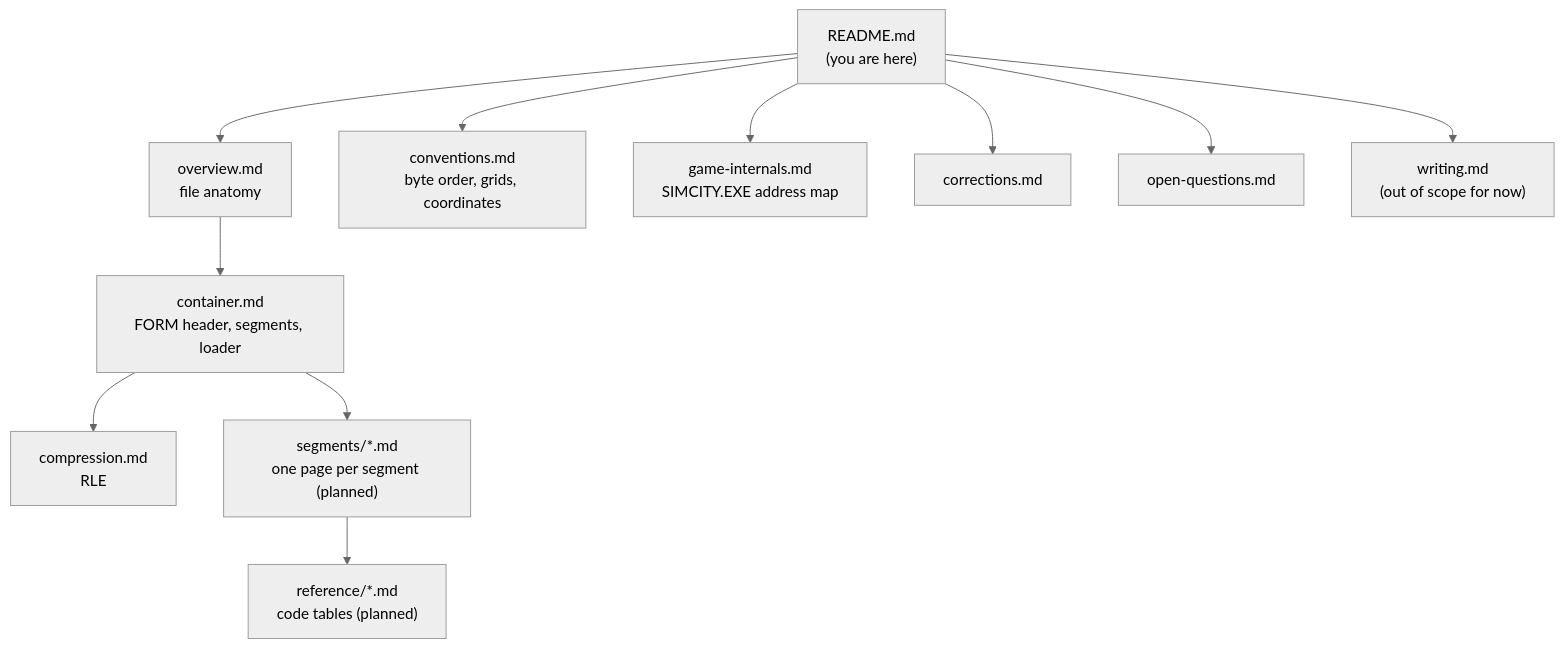
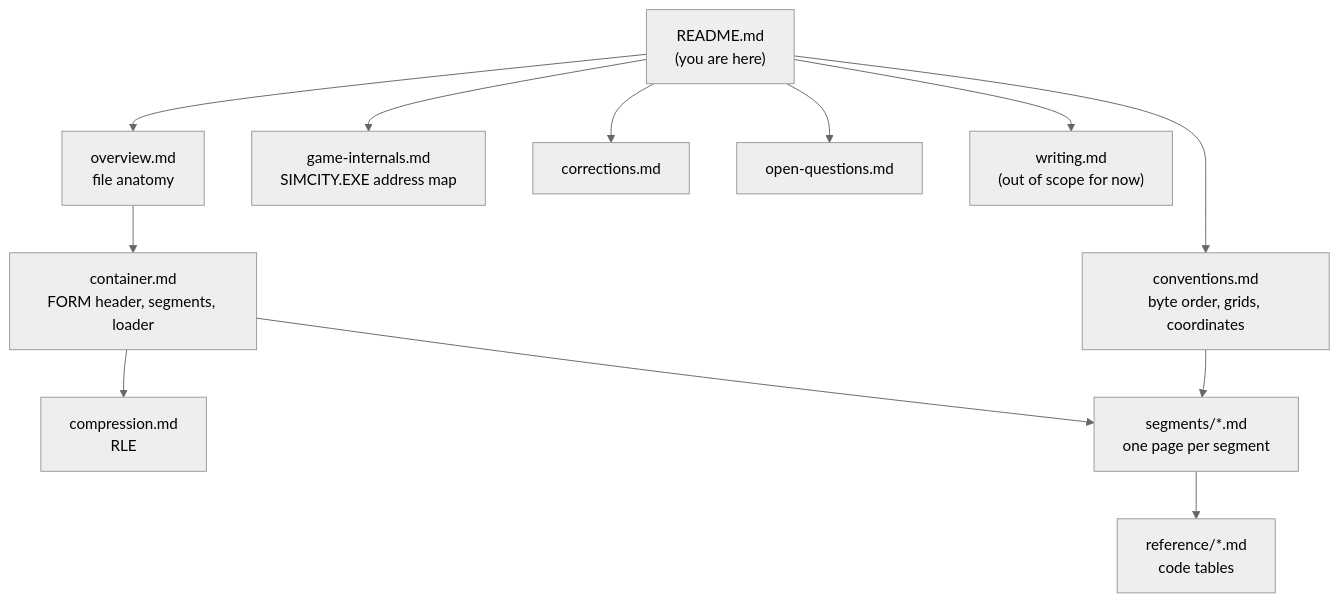
The diagram in docs/sc2-format/README.md (jgosar/mine-city-2000), drawn with Mermaid (neutral theme) before and after one commit. The commit also changed other lines of this file and 21 other files, not shown here.

````diff
--- a/docs/sc2-format/README.md
+++ b/docs/sc2-format/README.md
@@ -22,13 +22,14 @@
 ```mermaid
 flowchart TD
     README["README.md<br/>(you are here)"] --> overview["overview.md<br/>file anatomy"]
     README --> conventions["conventions.md<br/>byte order, grids, coordinates"]
     overview --> container["container.md<br/>FORM header, segments, loader"]
     container --> compression["compression.md<br/>RLE"]
-    container --> segments["segments/*.md<br/>one page per segment (planned)"]
-    segments --> reference["reference/*.md<br/>code tables (planned)"]
+    container --> segments["segments/*.md<br/>one page per segment"]
+    segments --> reference["reference/*.md<br/>code tables"]
+    conventions --> segments
     README --> internals["game-internals.md<br/>SIMCITY.EXE address map"]
     README --> corrections["corrections.md"]
     README --> open["open-questions.md"]
     README --> writing["writing.md<br/>(out of scope for now)"]
 ```
````
